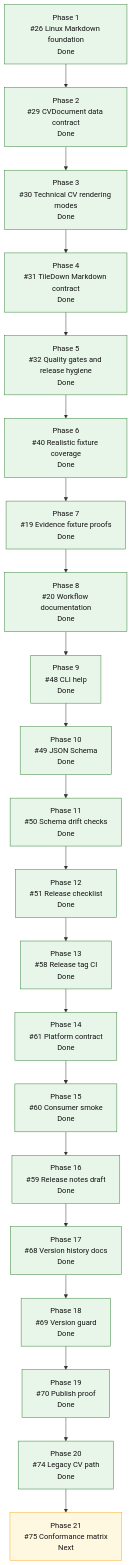
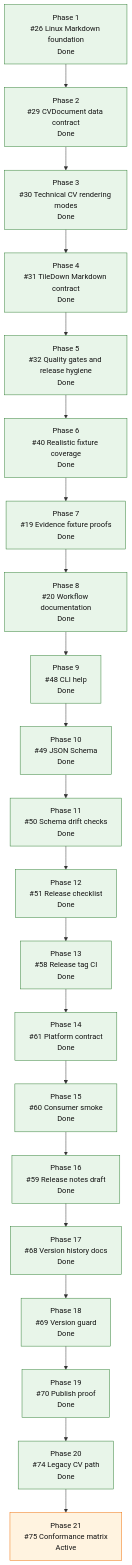
Before and after one commit to mihaelamj/cvbuilder: the diagram in README.md, drawn with Mermaid. The commit also changed 4 other files, not shown here.

Commit message:
docs(research): add conformance matrix

````diff
--- a/README.md
+++ b/README.md
@@ -169,40 +169,40 @@
 ```mermaid
 flowchart TD
     P1["Phase 1<br/>#26 Linux Markdown foundation<br/>Done"]
     P2["Phase 2<br/>#29 CVDocument data contract<br/>Done"]
     P3["Phase 3<br/>#30 Technical CV rendering modes<br/>Done"]
     P4["Phase 4<br/>#31 TileDown Markdown contract<br/>Done"]
     P5["Phase 5<br/>#32 Quality gates and release hygiene<br/>Done"]
     P6["Phase 6<br/>#40 Realistic fixture coverage<br/>Done"]
     P7["Phase 7<br/>#19 Evidence fixture proofs<br/>Done"]
     P8["Phase 8<br/>#20 Workflow documentation<br/>Done"]
     P9["Phase 9<br/>#48 CLI help<br/>Done"]
     P10["Phase 10<br/>#49 JSON Schema<br/>Done"]
     P11["Phase 11<br/>#50 Schema drift checks<br/>Done"]
     P12["Phase 12<br/>#51 Release checklist<br/>Done"]
     P13["Phase 13<br/>#58 Release tag CI<br/>Done"]
     P14["Phase 14<br/>#61 Platform contract<br/>Done"]
     P15["Phase 15<br/>#60 Consumer smoke<br/>Done"]
     P16["Phase 16<br/>#59 Release notes draft<br/>Done"]
     P17["Phase 17<br/>#68 Version history docs<br/>Done"]
     P18["Phase 18<br/>#69 Version guard<br/>Done"]
     P19["Phase 19<br/>#70 Publish proof<br/>Done"]
     P20["Phase 20<br/>#74 Legacy CV path<br/>Done"]
-    P21["Phase 21<br/>#75 Conformance matrix<br/>Next"]
+    P21["Phase 21<br/>#75 Conformance matrix<br/>Active"]
 
     P1 --> P2 --> P3 --> P4 --> P5 --> P6 --> P7 --> P8 --> P9 --> P10 --> P11 --> P12 --> P13 --> P14 --> P15 --> P16 --> P17 --> P18 --> P19 --> P20 --> P21
 
     classDef done fill:#e8f5e9,stroke:#2e7d32,color:#111;
     classDef active fill:#fff3e0,stroke:#ef6c00,color:#111;
     classDef review fill:#e8f0fe,stroke:#1a73e8,color:#111;
     classDef next fill:#fff8e1,stroke:#f9a825,color:#111;
     classDef partial fill:#e0f7fa,stroke:#00838f,color:#111;
     classDef todo fill:#eef3ff,stroke:#3367d6,color:#111;
     class P1,P2,P3,P4 done;
     class P5,P6,P7,P8,P9,P10,P11,P12,P13,P14,P15,P16 done;
     class P17 done;
     class P18 done;
     class P19 done;
     class P20 done;
-    class P21 next;
+    class P21 active;
 ```
````
